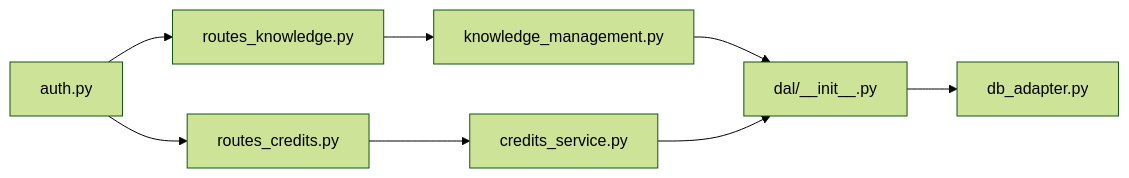
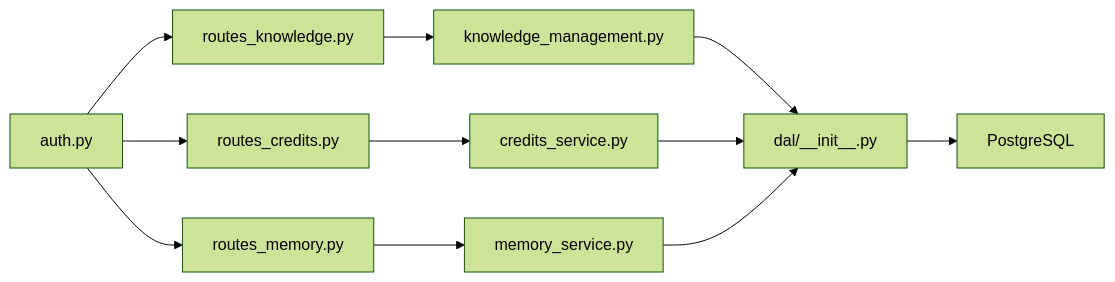
One commit to abokyoy/LectureLearnLoop changed the eighth of 8 diagrams in .qoder/repowiki/zh/content/数据库设计/数据库设计.md. Above: the diagram before and after it, drawn with Mermaid (forest theme). The commit also changed other lines of this file and 91 other files, not shown here.

````diff
--- a/.qoder/repowiki/zh/content/数据库设计/数据库设计.md
+++ b/.qoder/repowiki/zh/content/数据库设计/数据库设计.md
@@ -383,10 +503,13 @@
 ```mermaid
 graph LR
 ROUTES_K["routes_knowledge.py"] --> SERVICE_KM["knowledge_management.py"]
 ROUTES_C["routes_credits.py"] --> SERVICE_CS["credits_service.py"]
+ROUTES_M["routes_memory.py"] --> SERVICE_MS["memory_service.py"]
 SERVICE_KM --> DAL["dal/__init__.py"]
 SERVICE_CS --> DAL
-DAL --> DBA["db_adapter.py"]
+SERVICE_MS --> DAL
+DAL --> PG["PostgreSQL"]
 AUTH["auth.py"] --> ROUTES_K
 AUTH --> ROUTES_C
+AUTH --> ROUTES_M
 ```
````
